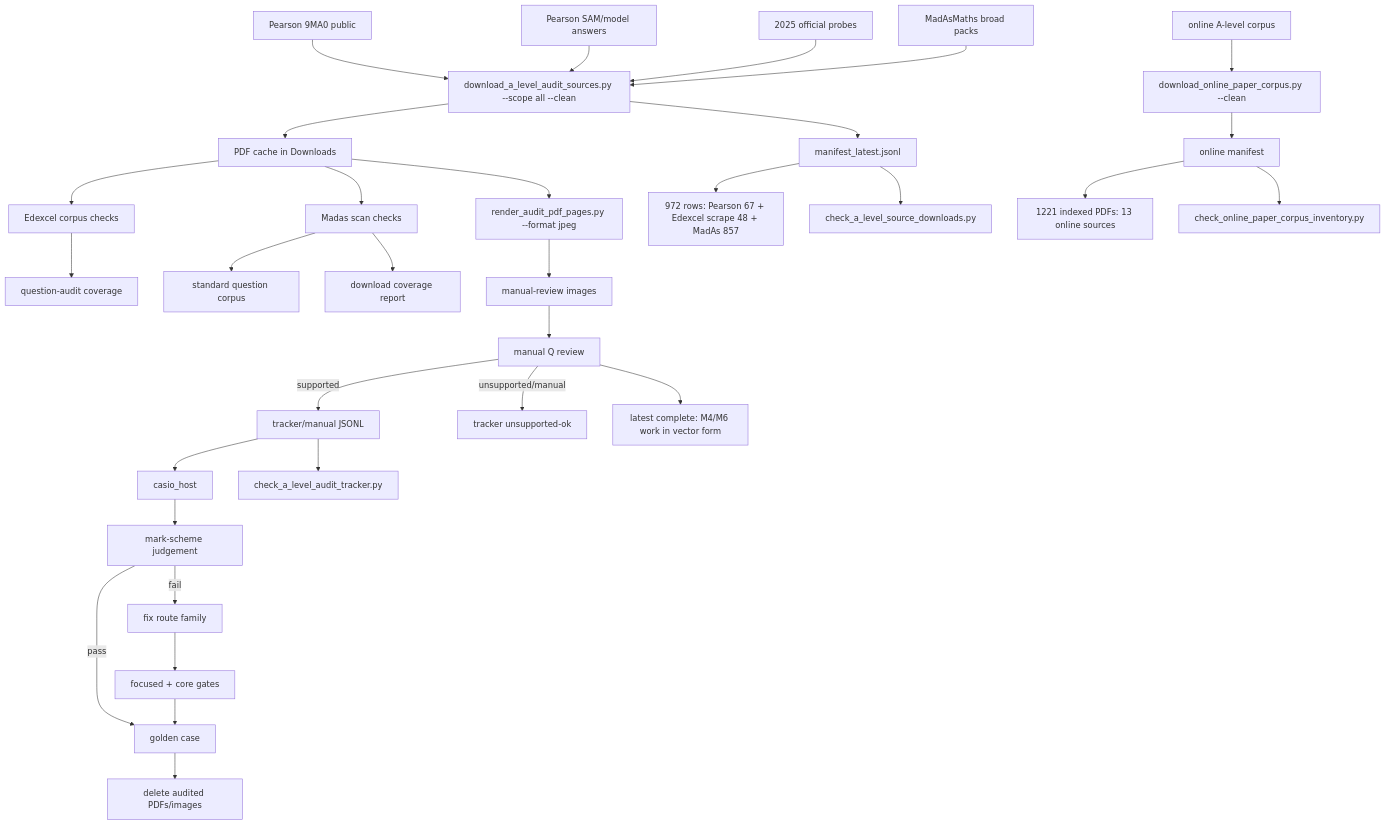
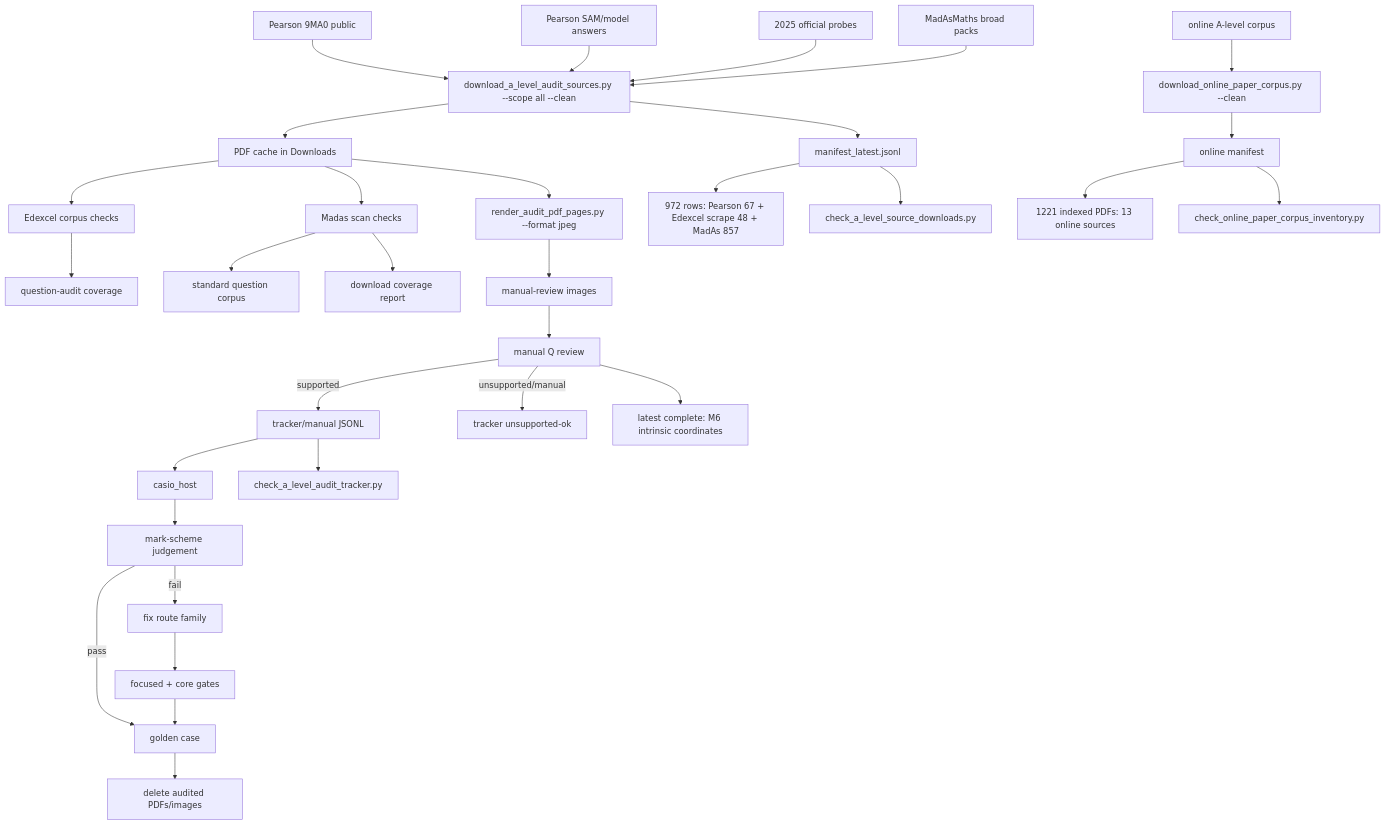
The diagram in c++/tools/golden/a_level_audit_graph.md (james8464/notes-addin-casio-fx-cg50), drawn with Mermaid before and after one commit. The commit also changed other lines of this file and 2 other files, not shown here.

Commit message:
Audit M6 intrinsic coordinates booklet

````diff
--- a/c++/tools/golden/a_level_audit_graph.md
+++ b/c++/tools/golden/a_level_audit_graph.md
@@ -3,34 +3,34 @@
 ```mermaid
 graph TD
   E1["Pearson 9MA0 public"] --> D["download_a_level_audit_sources.py --scope all --clean"]
   E2["Pearson SAM/model answers"] --> D
   E3["2025 official probes"] --> D
   M1["MadAsMaths broad packs"] --> D
   O1["online A-level corpus"] --> OD["download_online_paper_corpus.py --clean"]
   D --> P["PDF cache in Downloads"]
   D --> X["manifest_latest.jsonl"]
   OD --> OX["online manifest"]
   X --> XC["972 rows: Pearson 67 + Edexcel scrape 48 + MadAs 857"]
   OX --> OC["1221 indexed PDFs: 13 online sources"]
   X --> V["check_a_level_source_downloads.py"]
   OX --> OV["check_online_paper_corpus_inventory.py"]
   P --> E["Edexcel corpus checks"]
   E --> EQ["question-audit coverage"]
   P --> S["Madas scan checks"]
   S --> M["standard question corpus"]
   S --> MC["download coverage report"]
   P --> R["render_audit_pdf_pages.py --format jpeg"]
   R --> I["manual-review images"]
   I --> Q["manual Q review"]
   Q -->|supported| J["tracker/manual JSONL"]
   Q -->|unsupported/manual| U["tracker unsupported-ok"]
   J --> H["casio_host"]
   J --> K["check_a_level_audit_tracker.py"]
   H --> C["mark-scheme judgement"]
   C -->|pass| G["golden case"]
   C -->|fail| F["fix route family"]
   F --> T["focused + core gates"]
   T --> G
   G --> Z["delete audited PDFs/images"]
-  Q --> Qt["latest complete: M4/M6 work in vector form"]
+  Q --> Qt["latest complete: M6 intrinsic coordinates"]
 ```
````
